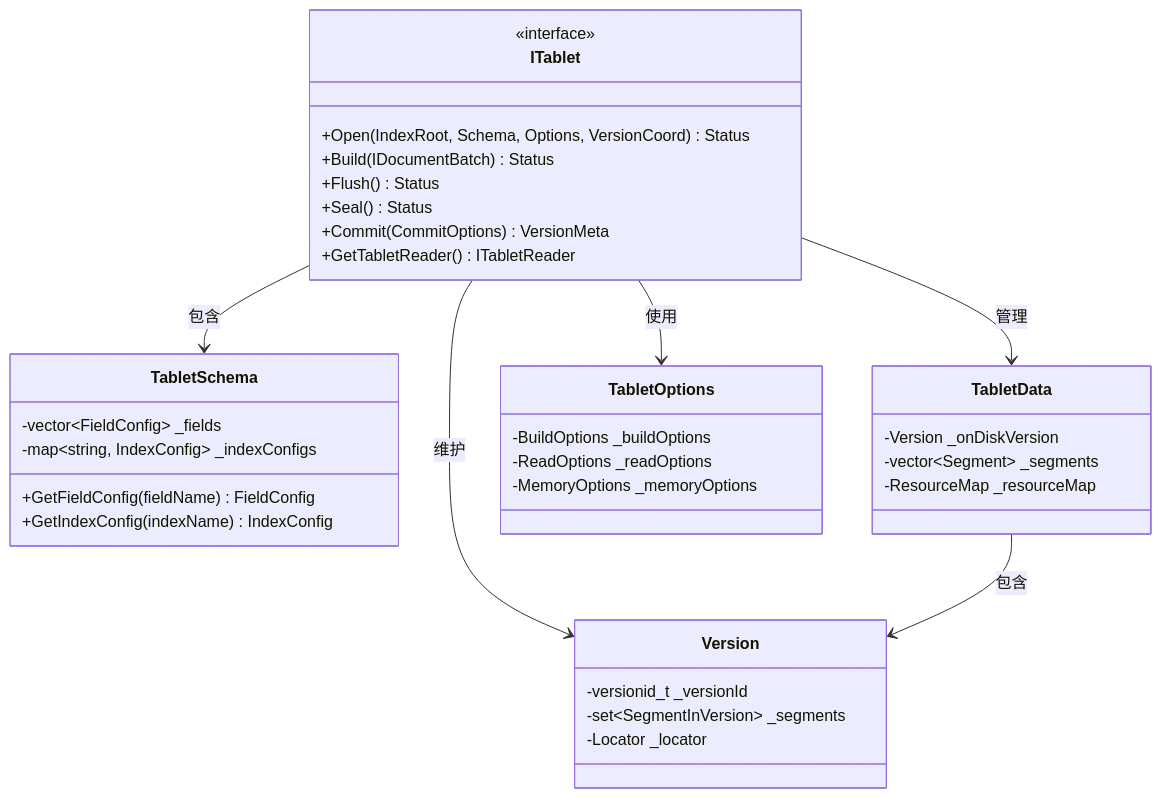
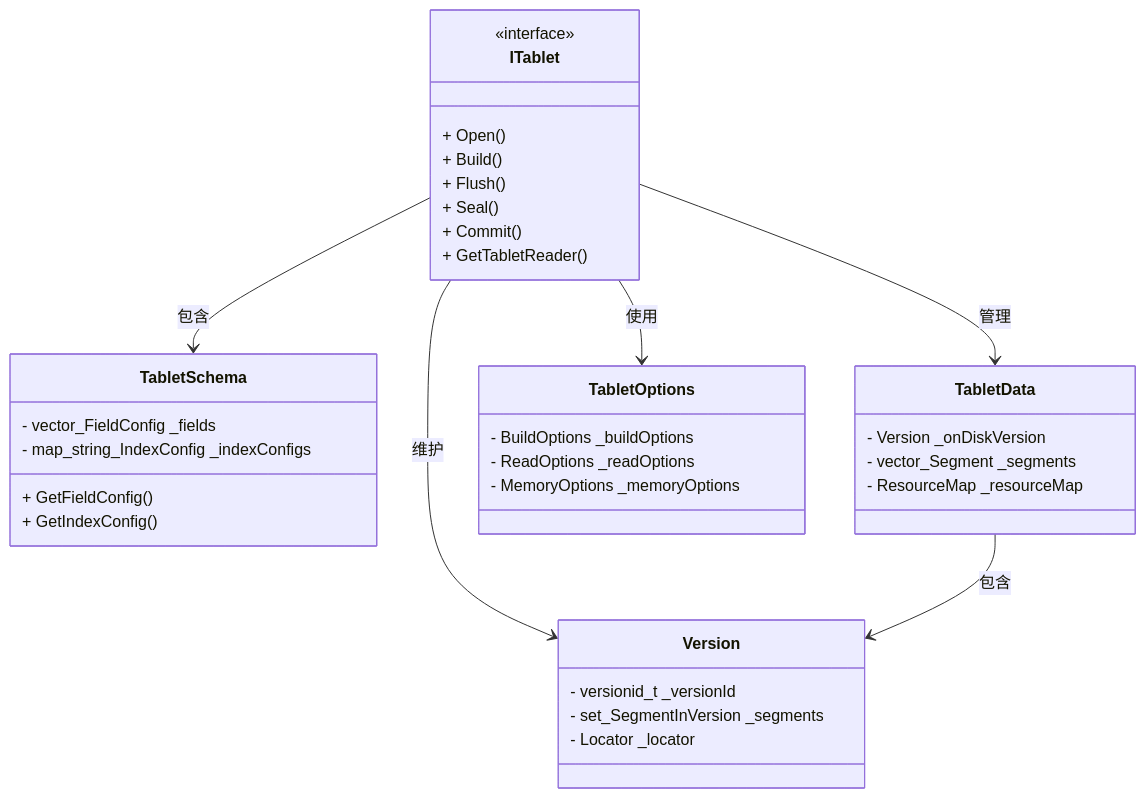
The second of 7 diagrams in _posts/2025-05-08-indexlib-1-architecture-overview.md (zhouzhilong-commits/zhouzhilong-commits.github.io), drawn with Mermaid before and after one commit. The commit also changed other lines of this file and 228 other files, not shown here.

````diff
--- a/_posts/2025-05-08-indexlib-1-architecture-overview.md
+++ b/_posts/2025-05-08-indexlib-1-architecture-overview.md
@@ -170,43 +170,43 @@
 ```mermaid
 classDiagram
     class ITablet {
         <<interface>>
-        +Open(IndexRoot, Schema, Options, VersionCoord) Status
-        +Build(IDocumentBatch) Status
-        +Flush() Status
-        +Seal() Status
-        +Commit(CommitOptions) VersionMeta
-        +GetTabletReader() ITabletReader
+        + Open()
+        + Build()
+        + Flush()
+        + Seal()
+        + Commit()
+        + GetTabletReader()
     }
     
     class TabletSchema {
-        -vector~FieldConfig~ _fields
-        -map~string, IndexConfig~ _indexConfigs
-        +GetFieldConfig(fieldName) FieldConfig
-        +GetIndexConfig(indexName) IndexConfig
+        - vector_FieldConfig _fields
+        - map_string_IndexConfig _indexConfigs
+        + GetFieldConfig()
+        + GetIndexConfig()
     }
     
     class TabletData {
-        -Version _onDiskVersion
-        -vector~Segment~ _segments
-        -ResourceMap _resourceMap
+        - Version _onDiskVersion
+        - vector_Segment _segments
+        - ResourceMap _resourceMap
     }
     
     class Version {
-        -versionid_t _versionId
-        -set~SegmentInVersion~ _segments
-        -Locator _locator
+        - versionid_t _versionId
+        - set_SegmentInVersion _segments
+        - Locator _locator
     }
     
     class TabletOptions {
-        -BuildOptions _buildOptions
-        -ReadOptions _readOptions
-        -MemoryOptions _memoryOptions
+        - BuildOptions _buildOptions
+        - ReadOptions _readOptions
+        - MemoryOptions _memoryOptions
     }
     
     ITablet --> TabletSchema : 包含
     ITablet --> TabletData : 管理
     ITablet --> Version : 维护
     ITablet --> TabletOptions : 使用
     TabletData --> Version : 包含
 ```
````
